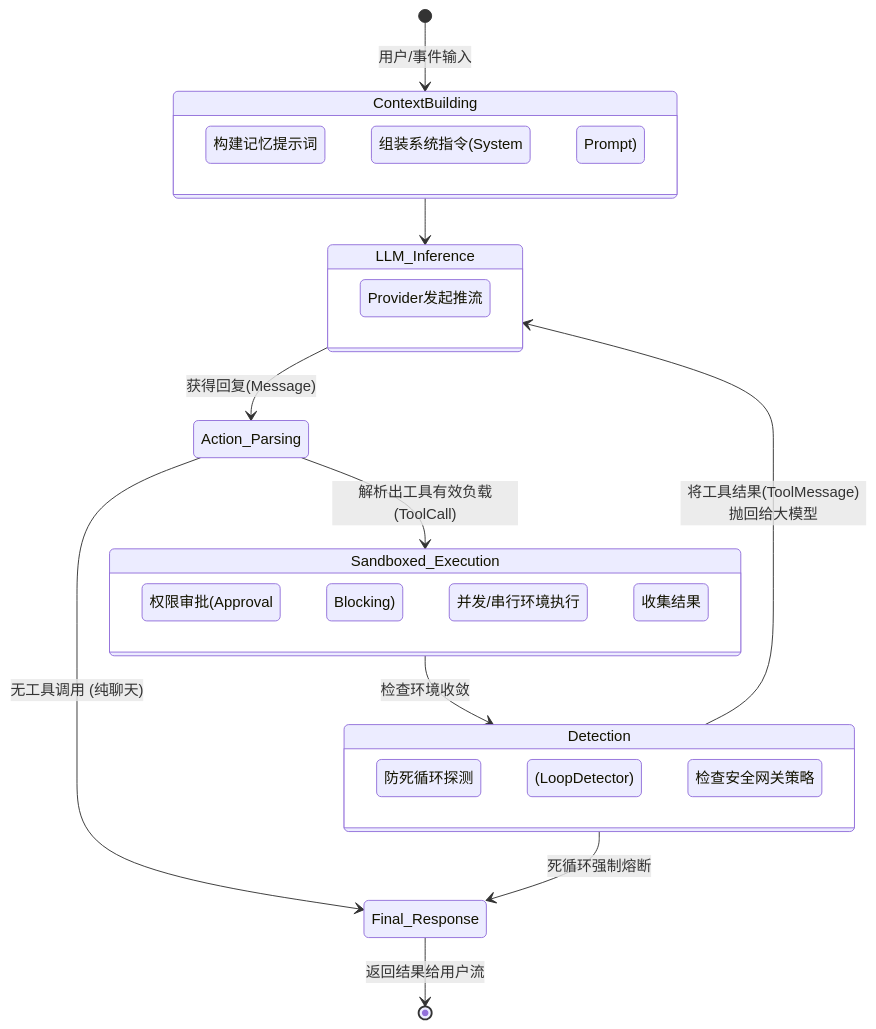
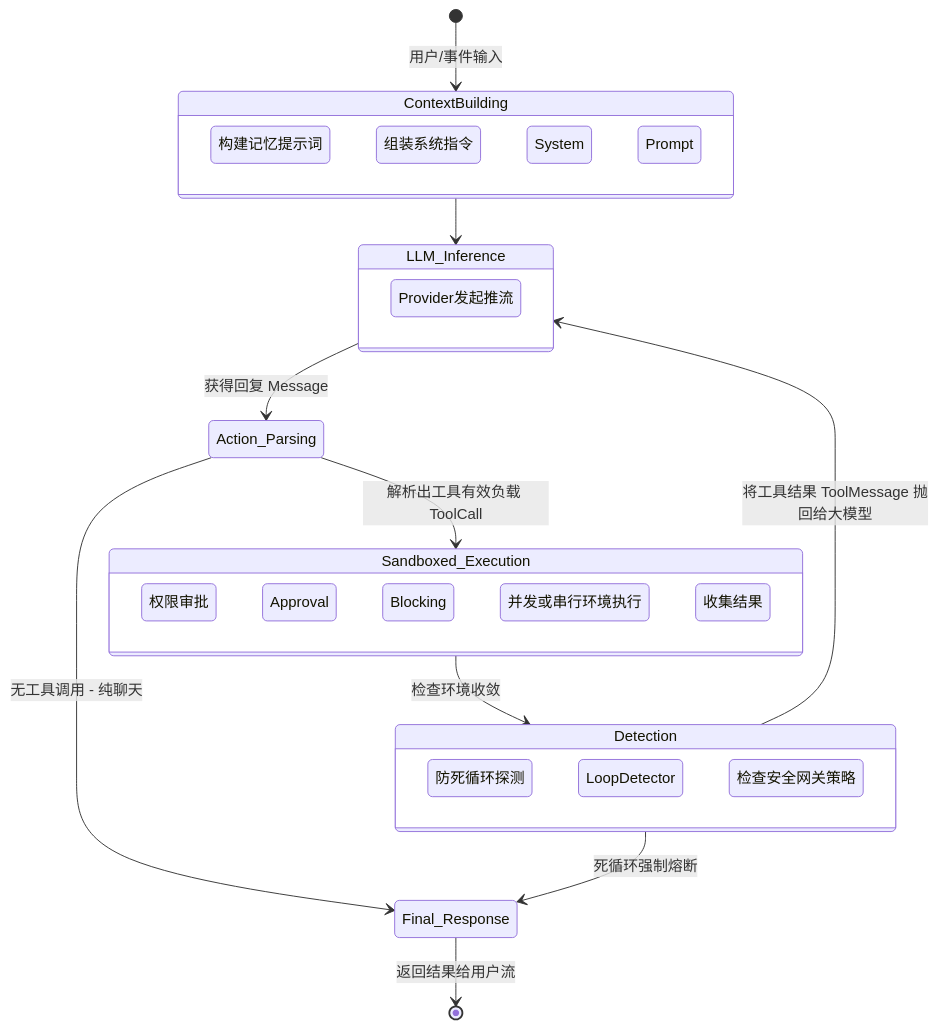
Before and after one commit to fannnzhang/zeroclaw-source-book: the second of 2 diagrams in src/05_core_agent_engine.md, drawn with Mermaid. The commit also changed 5 other files, not shown here.

Commit message:
fix: correct Mermaid diagram syntax and chapter numbering in all docs

````diff
--- a/src/05_core_agent_engine.md
+++ b/src/05_core_agent_engine.md
@@ -91,39 +91,39 @@
 ```mermaid
 stateDiagram-v2
     [*] --> ContextBuilding : 用户/事件输入
     
     state ContextBuilding {
         构建记忆提示词
-        组装系统指令(System Prompt)
+        组装系统指令 System Prompt
     }
     
     ContextBuilding --> LLM_Inference
     
     state LLM_Inference {
         Provider发起推流
     }
     
-    LLM_Inference --> Action_Parsing : 获得回复(Message)
+    LLM_Inference --> Action_Parsing : 获得回复 Message
     
     state Action_Parsing <<choice>>
-    Action_Parsing --> Final_Response : 无工具调用 (纯聊天)
-    Action_Parsing --> Sandboxed_Execution : 解析出工具有效负载(ToolCall)
+    Action_Parsing --> Final_Response : 无工具调用 - 纯聊天
+    Action_Parsing --> Sandboxed_Execution : 解析出工具有效负载 ToolCall
     
     state Sandboxed_Execution {
-        权限审批(Approval Blocking)
-        并发/串行环境执行
+        权限审批 Approval Blocking
+        并发或串行环境执行
         收集结果
     }
     
     Sandboxed_Execution --> Detection : 检查环境收敛
     
     state Detection {
-        防死循环探测 (LoopDetector)
+        防死循环探测 LoopDetector
         检查安全网关策略
     }
     
-    Detection --> LLM_Inference : 将工具结果(ToolMessage)抛回给大模型
+    Detection --> LLM_Inference : 将工具结果 ToolMessage 抛回给大模型
     Detection --> Final_Response : 死循环强制熔断
     
     Final_Response --> [*] : 返回结果给用户流
 ```
````
